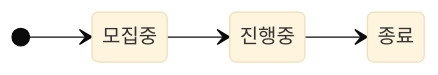
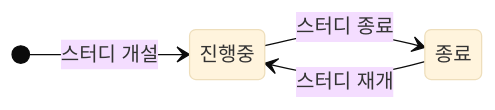
The second of 4 diagrams in domain/README.md (Nubblee/Nubble-docs), drawn with Mermaid (base theme) before and after one commit. The commit also changed 2 other files, not shown here.

Commit message:
스터디 모집 상태 제거
- 모집 <-> 진행 상태별로 동작차이가 없음
- 간단한 상태 관리에서 필요시 추가

````diff
--- a/domain/README.md
+++ b/domain/README.md
@@ -86,7 +86,7 @@
 ```mermaid
-stateDiagram-v2 
-    direction LR
-    [*] --> 모집중 
-    모집중 --> 진행중
-    진행중 --> 종료
+stateDiagram-v2
+direction LR
+    [*] --> 진행중: 스터디 개설
+    진행중 --> 종료: 스터디 종료
+    종료 --> 진행중: 스터디 재개
 ```
````
